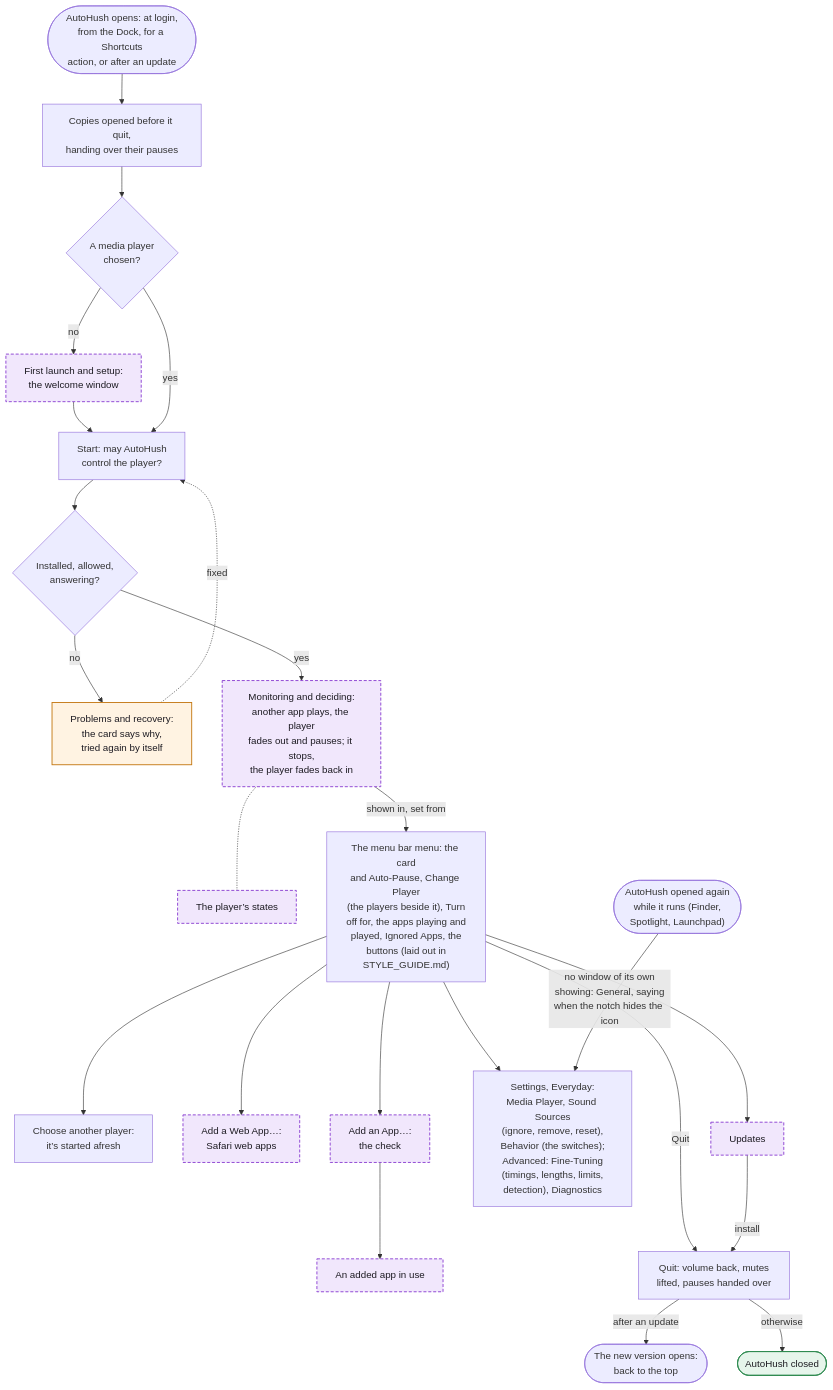
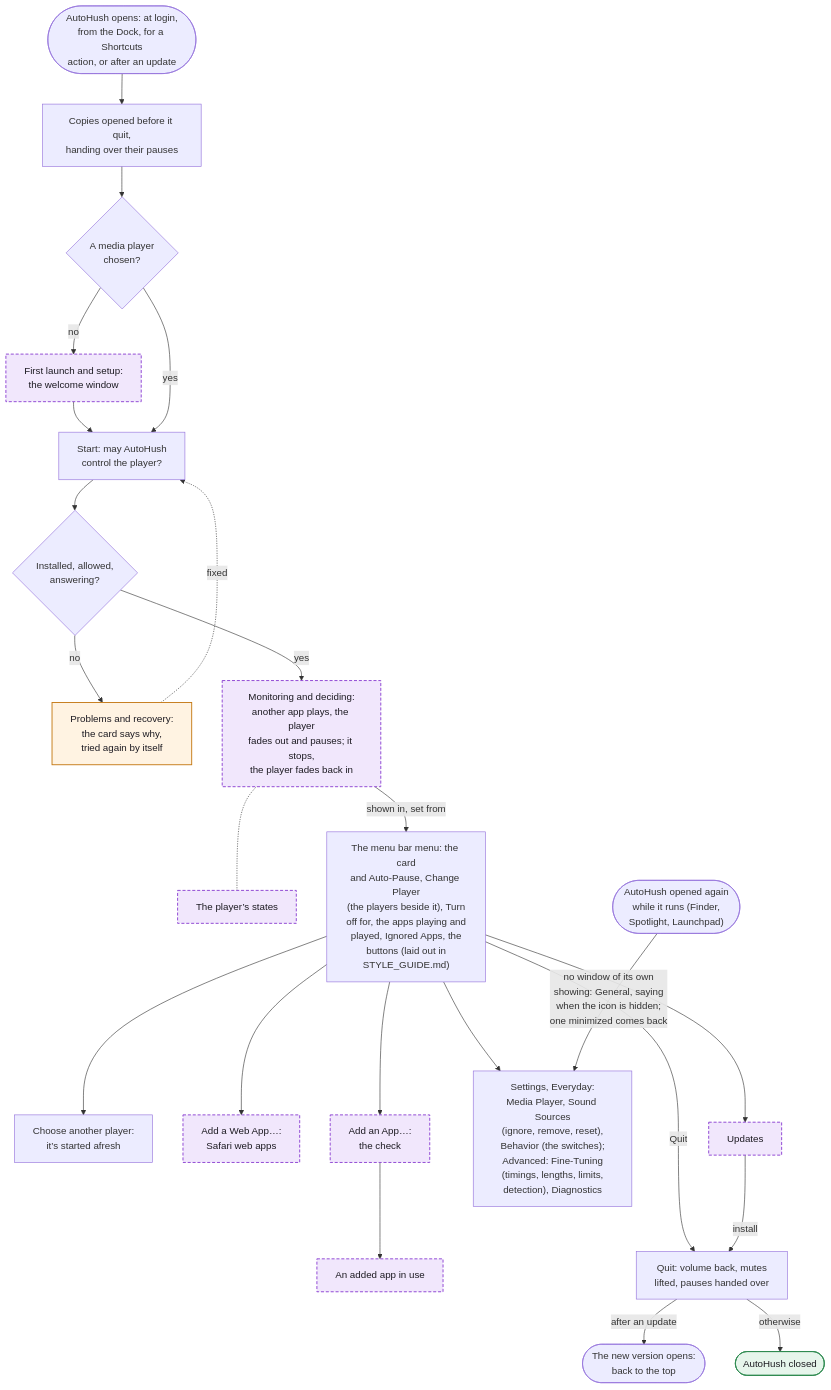
Before and after one commit to hfustercabre/AutoHush: the first of 14 diagrams in WORKFLOWS.md, drawn with Mermaid. The commit also changed 17 other files, not shown here.

````diff
--- a/WORKFLOWS.md
+++ b/WORKFLOWS.md
@@ -24,50 +24,50 @@
 ```mermaid
 flowchart TD
   L(["AutoHush opens: at login,<br/>from the Dock, for a Shortcuts<br/>action, or after an update"])
   O["Copies opened before it quit,<br/>handing over their pauses"]
   C{"A media player<br/>chosen?"}
   W["First launch and setup:<br/>the welcome window"]
   S["Start: may AutoHush<br/>control the player?"]
   P{"Installed, allowed,<br/>answering?"}
   R["Problems and recovery:<br/>the card says why,<br/>tried again by itself"]
   M["Monitoring and deciding:<br/>another app plays, the player<br/>fades out and pauses; it stops,<br/>the player fades back in"]
   ST["The player’s states"]
   MENU["The menu bar menu: the card<br/>and Auto-Pause, Change Player<br/>(the players beside it), Turn<br/>off for, the apps playing and<br/>played, Ignored Apps, the<br/>buttons (laid out in<br/>STYLE_GUIDE.md)"]
   CH["Choose another player:<br/>it’s started afresh"]
   WA["Add a Web App…:<br/>Safari web apps"]
   AA["Add an App…:<br/>the check"]
   AU["An added app in use"]
   AGAIN(["AutoHush opened again<br/>while it runs (Finder,<br/>Spotlight, Launchpad)"])
   SET["Settings, Everyday:<br/>Media Player, Sound Sources<br/>(ignore, remove, reset),<br/>Behavior (the switches);<br/>Advanced: Fine-Tuning<br/>(timings, lengths, limits,<br/>detection), Diagnostics"]
   UP["Updates"]
   Q["Quit: volume back, mutes<br/>lifted, pauses handed over"]
   RL(["The new version opens:<br/>back to the top"])
   QX(["AutoHush closed"])
 
   L --> O --> C
   C -->|"no"| W --> S
   C -->|"yes"| S
   S --> P
   P -->|"no"| R
   R -.->|"fixed"| S
   P -->|"yes"| M
   M -.- ST
   M -->|"shown in, set from"| MENU
   MENU --> CH
   MENU --> WA
   MENU --> AA --> AU
   MENU --> SET
-  AGAIN -->|"no window of its own<br/>showing: General, saying<br/>when the notch hides the icon"| SET
+  AGAIN -->|"no window of its own<br/>showing: General, saying<br/>when the icon is hidden;<br/>one minimized comes back"| SET
   MENU --> UP
   MENU -->|"Quit"| Q
   UP -->|"install"| Q
   Q -->|"after an update"| RL
   Q -->|"otherwise"| QX
 
   class W,M,ST,WA,AA,AU,UP ref
   class R warn
   class QX done
   classDef ref fill:#f1e7fc,stroke:#8a3fd1,stroke-width:1.5px,stroke-dasharray: 5 3,color:#1d1b22
   classDef warn fill:#fff3e2,stroke:#c47812,stroke-width:1.5px,color:#1d1b22
   classDef done fill:#e6f5eb,stroke:#2f8a50,stroke-width:1.5px,color:#1d1b22
 ```
````
